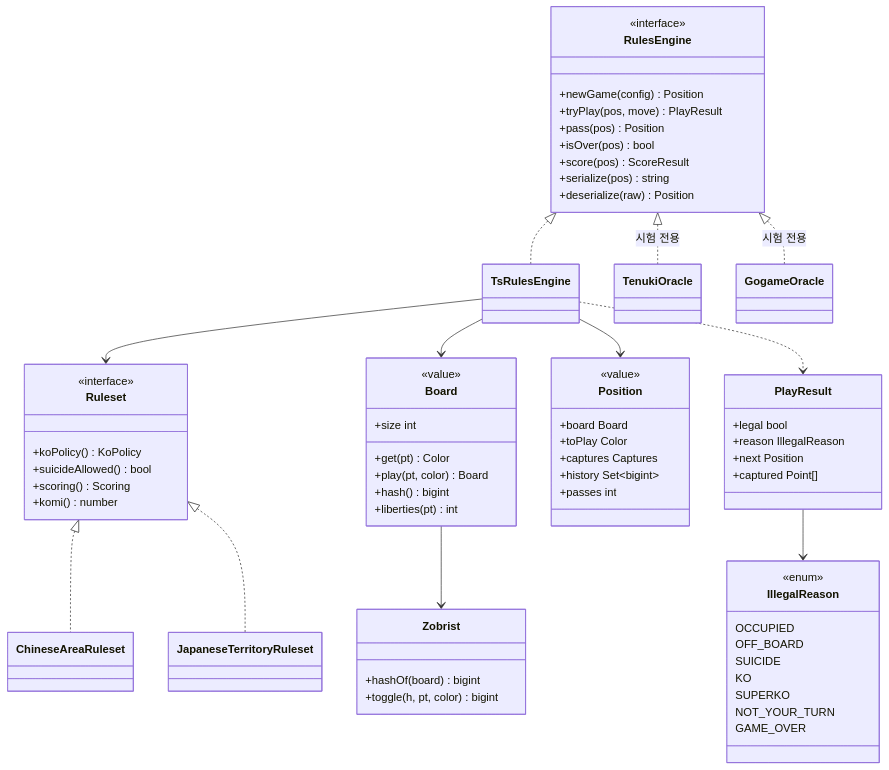
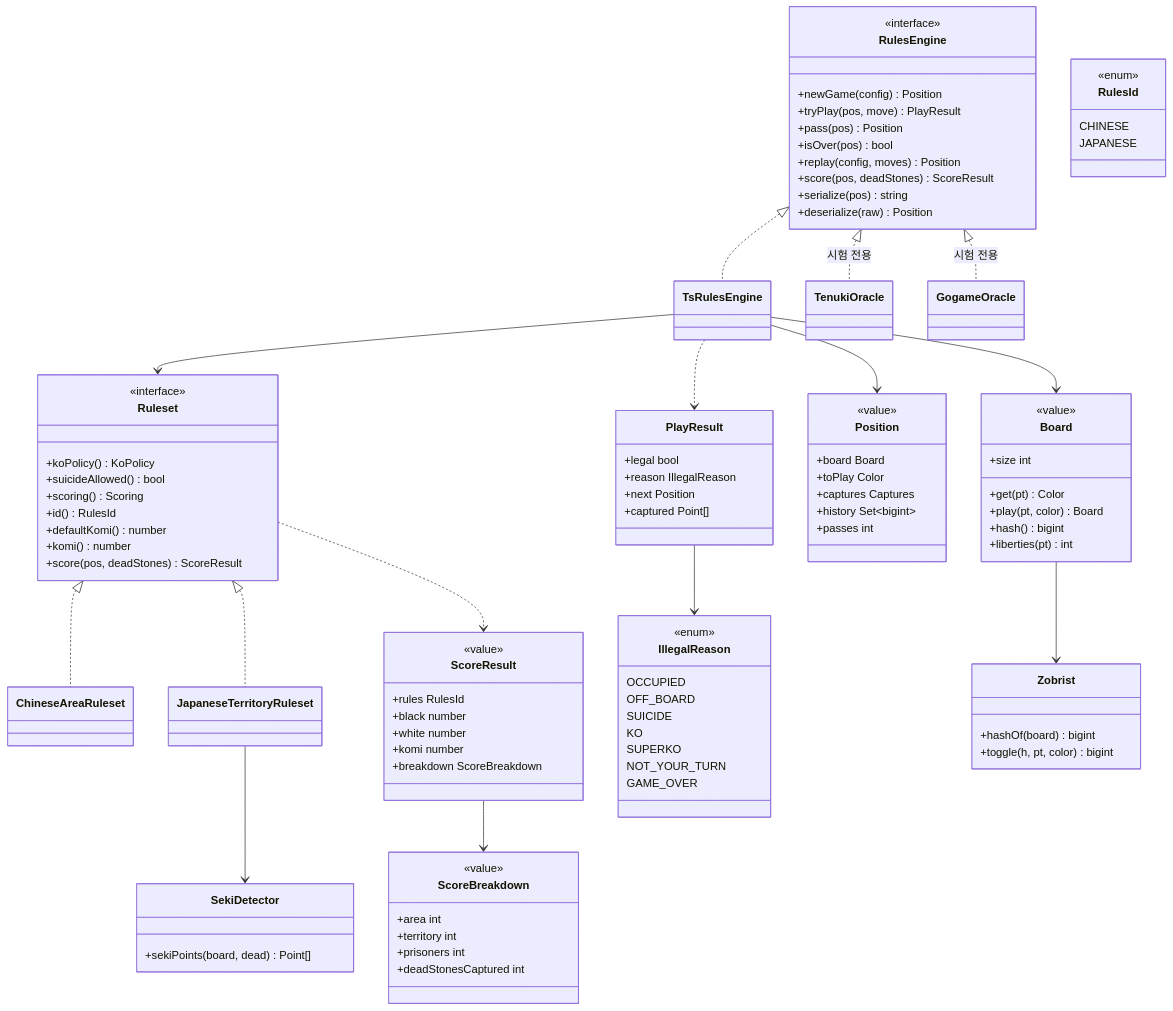
Before and after one commit to 1985jwlee/portpolio_backend: the fourth of 21 diagrams in docs/design/phases/01-baduk.md, drawn with Mermaid. The commit also changed other lines of this file and 32 other files, not shown here.

```diff
--- a/docs/design/phases/01-baduk.md
+++ b/docs/design/phases/01-baduk.md
@@ -163,7 +170,8 @@
         +tryPlay(pos, move) PlayResult
         +pass(pos) Position
         +isOver(pos) bool
-        +score(pos) ScoreResult
+        +replay(config, moves) Position
+        +score(pos, deadStones) ScoreResult
         +serialize(pos) string
         +deserialize(raw) Position
     }
@@ -172,7 +180,10 @@
         +koPolicy() KoPolicy
         +suicideAllowed() bool
         +scoring() Scoring
+        +id() RulesId
+        +defaultKomi() number
         +komi() number
+        +score(pos, deadStones) ScoreResult
     }
     class ChineseAreaRuleset
     class JapaneseTerritoryRuleset
@@ -191,6 +202,29 @@
         +captures Captures
         +history Set~bigint~
         +passes int
+    }
+    class RulesId {
+        <<enum>>
+        CHINESE
+        JAPANESE
+    }
+    class ScoreResult {
+        <<value>>
+        +rules RulesId
+        +black number
+        +white number
+        +komi number
+        +breakdown ScoreBreakdown
+    }
+    class ScoreBreakdown {
+        <<value>>
+        +area int
+        +territory int
+        +prisoners int
+        +deadStonesCaptured int
+    }
+    class SekiDetector {
+        +sekiPoints(board, dead) Point[]
     }
     class PlayResult {
         +legal bool
@@ -218,6 +252,9 @@
     Ruleset <|.. JapaneseTerritoryRuleset
     TsRulesEngine --> Board
     TsRulesEngine --> Position
+    JapaneseTerritoryRuleset --> SekiDetector
+    Ruleset ..> ScoreResult
+    ScoreResult --> ScoreBreakdown
     Board --> Zobrist
     TsRulesEngine ..> PlayResult
     PlayResult --> IllegalReason
```
